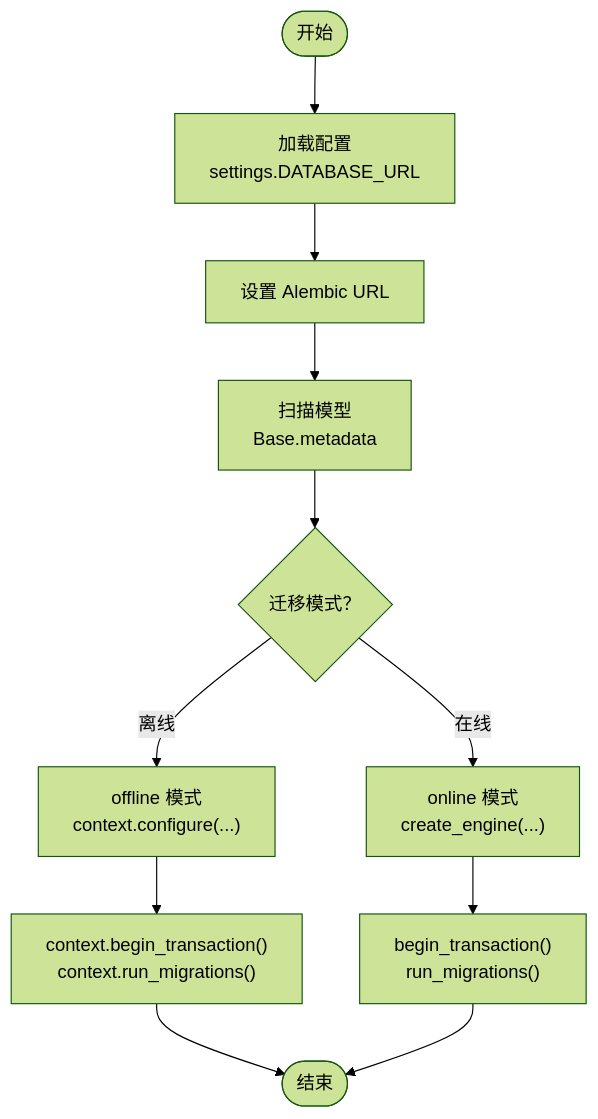
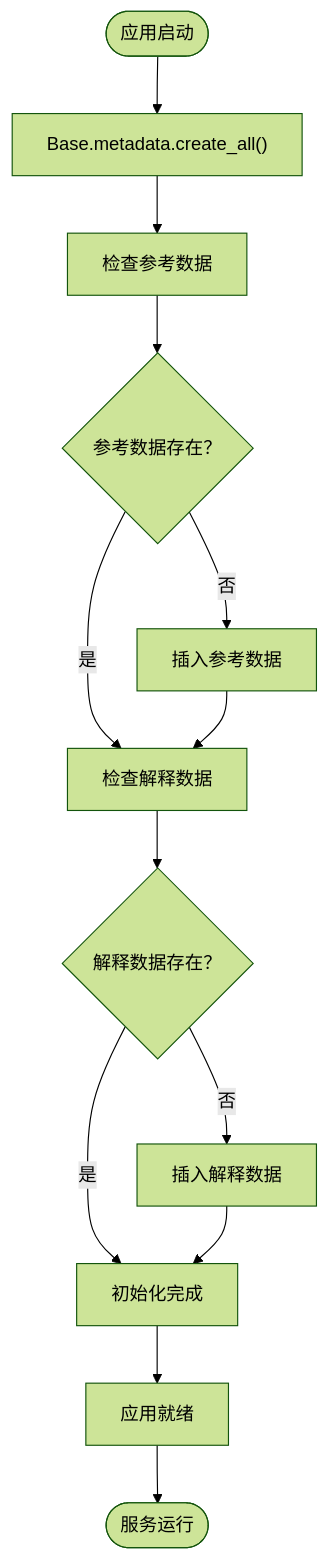
The fourth of 6 diagrams in .qoder/repowiki/zh/content/后端系统架构/数据库ORM设计.md (Miyuan2018/ruicheng-edu-system), drawn with Mermaid (forest theme) before and after one commit. The commit also changed other lines of this file and 4 other files, not shown here.

````diff
--- a/.qoder/repowiki/zh/content/后端系统架构/数据库ORM设计.md
+++ b/.qoder/repowiki/zh/content/后端系统架构/数据库ORM设计.md
@@ -244,13 +253,15 @@
 ```mermaid
 flowchart TD
-Start(["开始"]) --> LoadCfg["加载配置<br/>settings.DATABASE_URL"]
-LoadCfg --> SetURL["设置 Alembic URL"]
-SetURL --> ScanModels["扫描模型<br/>Base.metadata"]
-ScanModels --> Mode{"迁移模式？"}
-Mode --> |离线| Offline["offline 模式<br/>context.configure(...)"]
-Mode --> |在线| Online["online 模式<br/>create_engine(...)"]
-Offline --> RunOffline["context.begin_transaction()<br/>context.run_migrations()"]
-Online --> RunOnline["begin_transaction()<br/>run_migrations()"]
-RunOffline --> End(["结束"])
-RunOnline --> End
+Start(["应用启动"]) --> CreateTables["Base.metadata.create_all()"]
+CreateTables --> CheckRef["检查参考数据"]
+CheckRef --> HasRef{"参考数据存在？"}
+HasRef --> |否| SeedRef["插入参考数据"]
+HasRef --> |是| CheckExp["检查解释数据"]
+SeedRef --> CheckExp
+CheckExp --> HasExp{"解释数据存在？"}
+HasExp --> |否| SeedExp["插入解释数据"]
+HasExp --> |是| Complete["初始化完成"]
+SeedExp --> Complete
+Complete --> Ready["应用就绪"]
+Ready --> End(["服务运行"])
 ```
````
